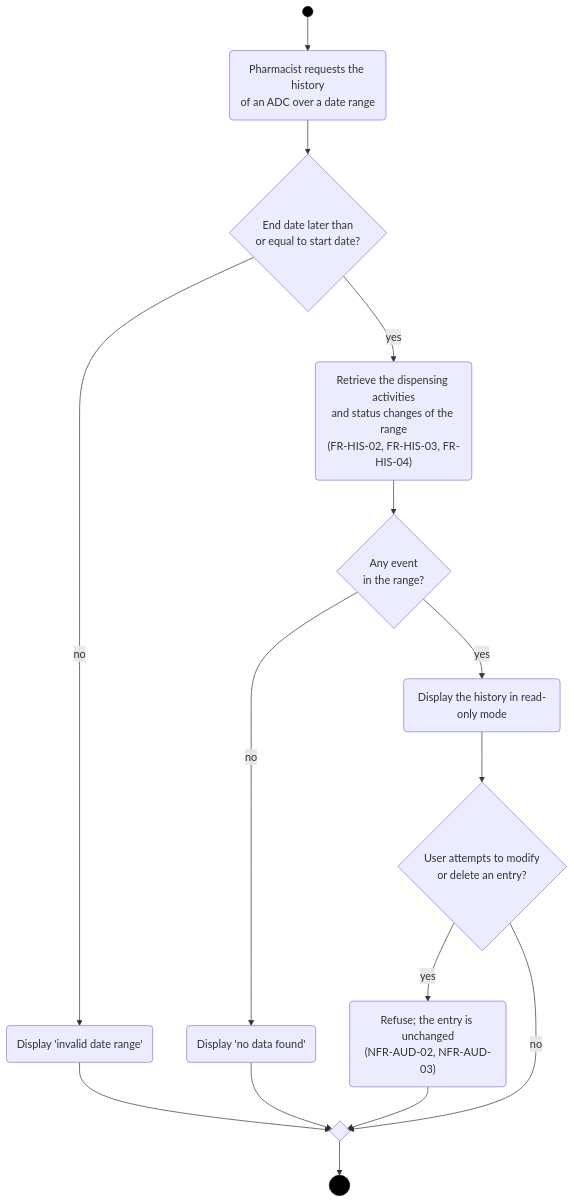
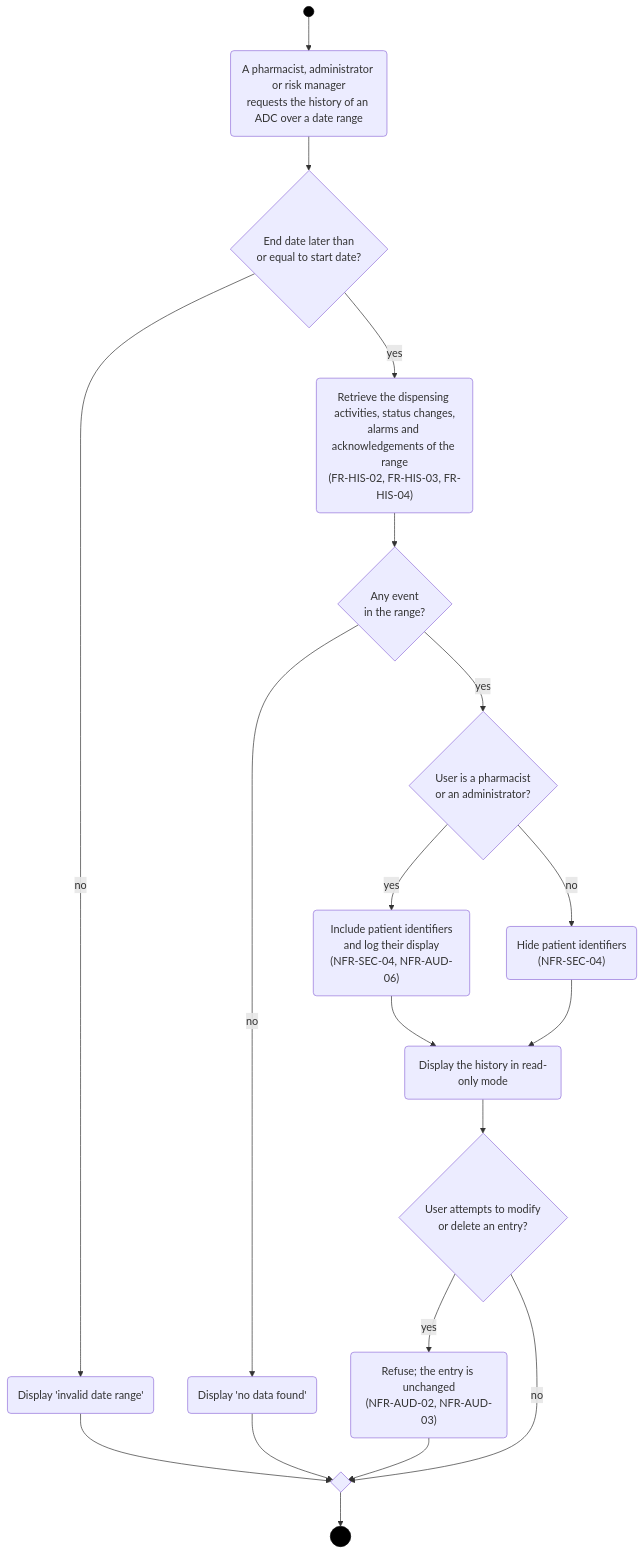
The fourth of 4 diagrams in docs/part-b/diagrams/activity-diagram.md (LukaMrt/3K04-project), drawn with Mermaid before and after one commit. The commit also changed other lines of this file and 10 other files, not shown here.

````diff
--- a/docs/part-b/diagrams/activity-diagram.md
+++ b/docs/part-b/diagrams/activity-diagram.md
@@ -93,22 +95,26 @@
 ```mermaid
 flowchart TD
-    Start((" ")) --> Request("Pharmacist requests the history<br/>of an ADC over a date range")
+    Start((" ")) --> Request("A pharmacist, administrator or risk manager<br/>requests the history of an ADC over a date range")
     Request --> Valid{"End date later than<br/>or equal to start date?"}
     Valid -- "no" --> Invalid("Display 'invalid date range'")
-    Valid -- "yes" --> Retrieve("Retrieve the dispensing activities<br/>and status changes of the range<br/>(FR-HIS-02, FR-HIS-03, FR-HIS-04)")
+    Valid -- "yes" --> Retrieve("Retrieve the dispensing activities, status changes,<br/>alarms and acknowledgements of the range<br/>(FR-HIS-02, FR-HIS-03, FR-HIS-04)")
     Retrieve --> Any{"Any event<br/>in the range?"}
     Any -- "no" --> NoData("Display 'no data found'")
-    Any -- "yes" --> Show("Display the history in read-only mode")
+    Any -- "yes" --> Role{"User is a pharmacist<br/>or an administrator?"}
+    Role -- "yes" --> WithId("Include patient identifiers<br/>and log their display<br/>(NFR-SEC-04, NFR-AUD-06)")
+    Role -- "no" --> NoId("Hide patient identifiers<br/>(NFR-SEC-04)")
+    WithId --> Show("Display the history in read-only mode")
+    NoId --> Show
     Show --> Alter{"User attempts to modify<br/>or delete an entry?"}
     Alter -- "yes" --> Refuse("Refuse; the entry is unchanged<br/>(NFR-AUD-02, NFR-AUD-03)")
     Alter -- "no" --> M{" "}
     Refuse --> M
     Invalid --> M
     NoData --> M
     M --> End(((" ")))
 
     classDef initial fill:#000,stroke:#000;
     classDef final fill:#000,stroke:#000;
     class Start initial;
     class End final;
 ```
````
